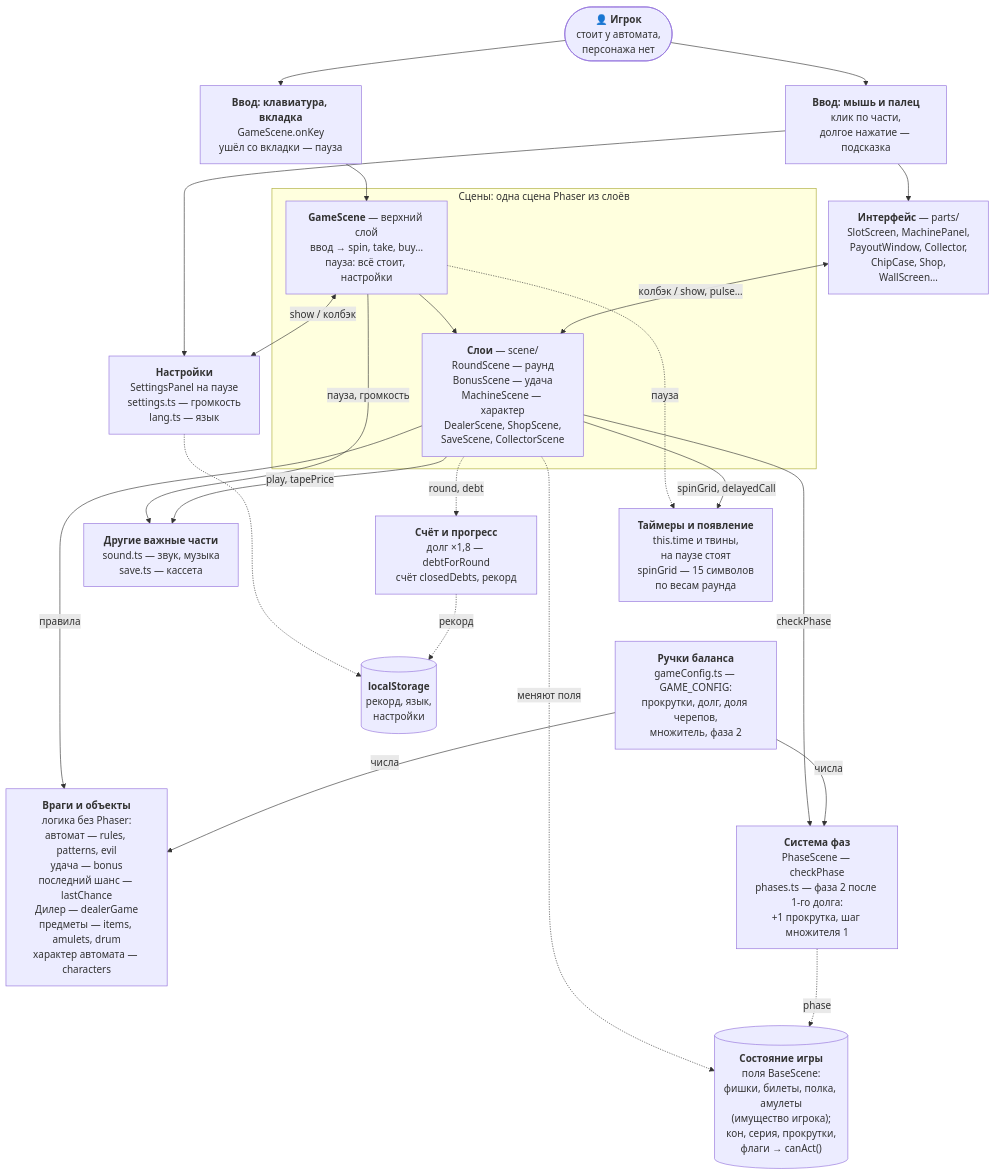
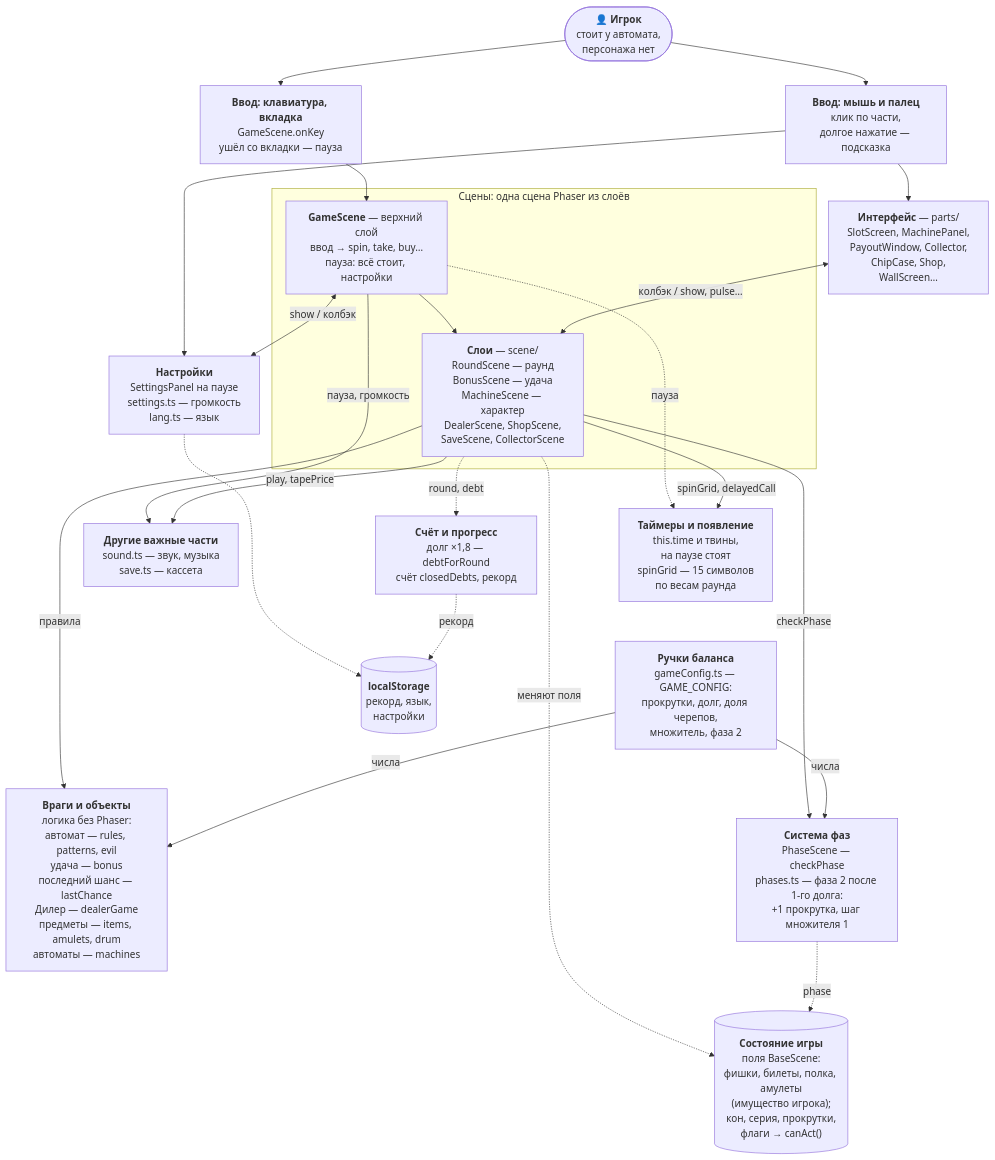
Before and after one commit to LILcmetanka/dolgovaya-yama: the first of 3 diagrams in ARCHITECTURE.md, drawn with Mermaid. The commit also changed other lines of this file and 44 other files, not shown here.

````diff
--- a/ARCHITECTURE.md
+++ b/ARCHITECTURE.md
@@ -16,44 +16,44 @@
 ```mermaid
 %%{init: {"flowchart": {"nodeSpacing": 20, "rankSpacing": 40}}}%%
 flowchart TB
   PERSON(["👤 <b>Игрок</b><br/>стоит у автомата,<br/>персонажа нет"])
   KEYS["<b>Ввод: клавиатура, вкладка</b><br/>GameScene.onKey<br/>ушёл со вкладки — пауза"]
   POINTER["<b>Ввод: мышь и палец</b><br/>клик по части,<br/>долгое нажатие — подсказка"]
   subgraph SCENE["Сцены: одна сцена Phaser из слоёв"]
     GS["<b>GameScene</b> — верхний слой<br/>ввод → spin, take, buy…<br/>пауза: всё стоит, настройки"]
     LAYERS["<b>Слои</b> — scene/<br/>RoundScene — раунд<br/>BonusScene — удача<br/>MachineScene — характер<br/>DealerScene, ShopScene,<br/>SaveScene, CollectorScene"]
   end
   UI["<b>Интерфейс</b> — parts/<br/>SlotScreen, MachinePanel,<br/>PayoutWindow, Collector,<br/>ChipCase, Shop,<br/>WallScreen…"]
   SETTINGS["<b>Настройки</b><br/>SettingsPanel на паузе<br/>settings.ts — громкость<br/>lang.ts — язык"]
-  WORLD["<b>Враги и объекты</b><br/>логика без Phaser:<br/>автомат — rules, patterns, evil<br/>удача — bonus<br/>последний шанс — lastChance<br/>Дилер — dealerGame<br/>предметы — items, amulets, drum<br/>характер автомата — characters"]
+  WORLD["<b>Враги и объекты</b><br/>логика без Phaser:<br/>автомат — rules, patterns, evil<br/>удача — bonus<br/>последний шанс — lastChance<br/>Дилер — dealerGame<br/>предметы — items, amulets, drum<br/>автоматы — machines"]
   PHASES["<b>Система фаз</b><br/>PhaseScene — checkPhase<br/>phases.ts — фаза 2 после 1-го долга:<br/>+1 прокрутка, шаг множителя 1"]
   CONFIG["<b>Ручки баланса</b><br/>gameConfig.ts — GAME_CONFIG:<br/>прокрутки, долг, доля черепов,<br/>множитель, фаза 2"]
   SCORE["<b>Счёт и прогресс</b><br/>долг ×1,8 — debtForRound<br/>счёт closedDebts, рекорд"]
   OTHER["<b>Другие важные части</b><br/>sound.ts — звук, музыка<br/>save.ts — кассета"]
   STATE[("<b>Состояние игры</b><br/>поля BaseScene:<br/>фишки, билеты, полка, амулеты<br/>(имущество игрока);<br/>кон, серия, прокрутки,<br/>флаги → canAct()")]
   TIMERS["<b>Таймеры и появление</b><br/>this.time и твины,<br/>на паузе стоят<br/>spinGrid — 15 символов<br/>по весам раунда"]
   STORAGE[("<b>localStorage</b><br/>рекорд, язык,<br/>настройки")]
 
   PERSON --> KEYS & POINTER
   KEYS --> GS
   POINTER --> UI
   POINTER --> SETTINGS
   GS --> LAYERS
   UI <-->|колбэк / show, pulse…| LAYERS
   GS <-->|show / колбэк| SETTINGS
   GS -->|пауза, громкость| OTHER
   GS -.->|пауза| TIMERS
   LAYERS -->|правила| WORLD
   LAYERS -->|checkPhase| PHASES
   LAYERS -->|play, tapePrice| OTHER
   LAYERS -.->|round, debt| SCORE
   LAYERS -.->|меняют поля| STATE
   PHASES -.->|phase| STATE
   LAYERS -->|spinGrid, delayedCall| TIMERS
   CONFIG -->|числа| WORLD
   CONFIG -->|числа| PHASES
   %% невидимая связь — не вызов, а подсказка раскладке, чтобы схема была уже
   TIMERS ~~~ CONFIG
   SETTINGS -.-> STORAGE
   SCORE -.->|рекорд| STORAGE
 ```
````
